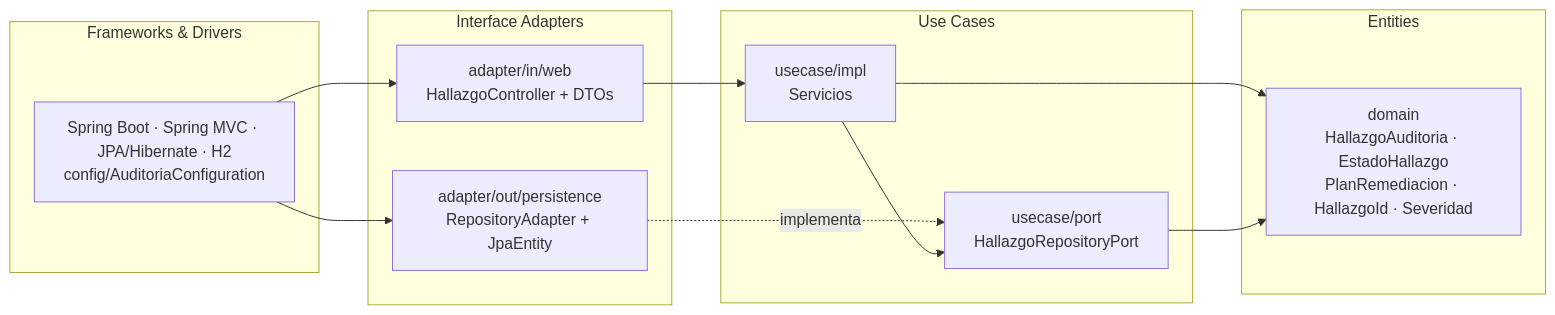
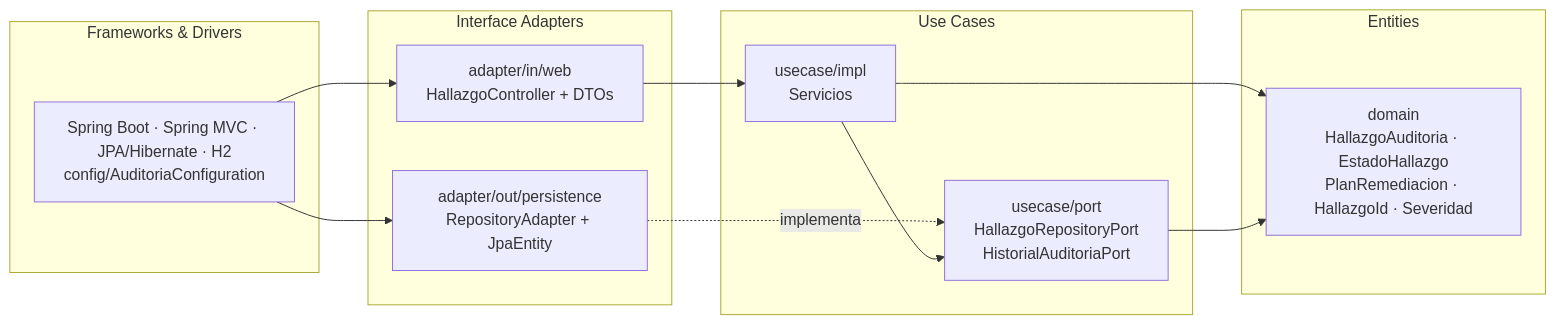
One commit to cammeza19/meza-post1-u8 changed the first of 2 diagrams in README.md. Above: the diagram before and after it, drawn with Mermaid. The commit also changed other lines of this file and 4 other files, not shown here.

````diff
--- a/README.md
+++ b/README.md
@@ -81,23 +91,23 @@
 ```mermaid
 flowchart LR
     subgraph FD["Frameworks & Drivers"]
         SB["Spring Boot · Spring MVC · JPA/Hibernate · H2<br/>config/AuditoriaConfiguration"]
     end
     subgraph IA["Interface Adapters"]
         WEB["adapter/in/web<br/>HallazgoController + DTOs"]
         PER["adapter/out/persistence<br/>RepositoryAdapter + JpaEntity"]
     end
     subgraph UC["Use Cases"]
         SVC["usecase/impl<br/>Servicios"]
-        PORT["usecase/port<br/>HallazgoRepositoryPort"]
+        PORT["usecase/port<br/>HallazgoRepositoryPort<br/>HistorialAuditoriaPort"]
     end
     subgraph EN["Entities"]
         DOM["domain<br/>HallazgoAuditoria · EstadoHallazgo<br/>PlanRemediacion · HallazgoId · Severidad"]
     end
     SB --> WEB & PER
     WEB --> SVC
     PER -. implementa .-> PORT
     SVC --> PORT
     SVC --> DOM
     PORT --> DOM
 ```
````
